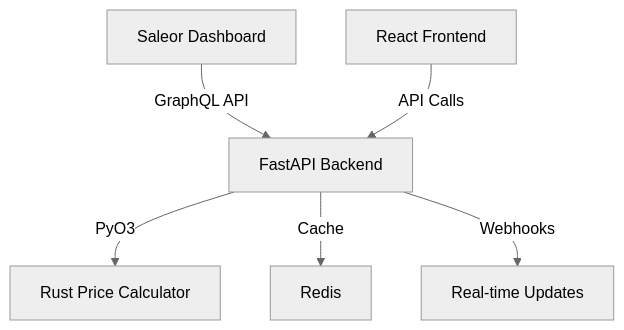
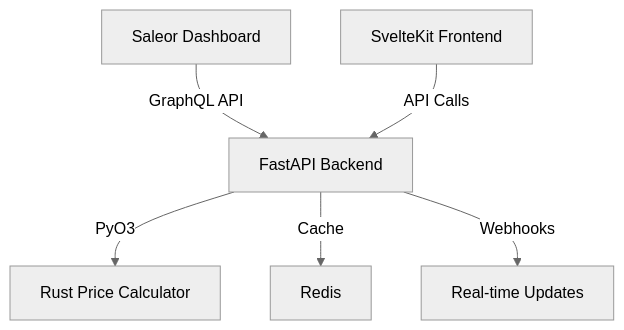
The diagram in README.md (id50190/saleor-price-manager), drawn with Mermaid (neutral theme) before and after one commit. The commit also changed other lines of this file, not shown here.

First line of the commit message:
update README.md to reflect SvelteKit migration

````diff
--- a/README.md
+++ b/README.md
@@ -58,8 +58,8 @@
 ```mermaid
 graph TB
     A[Saleor Dashboard] -->|GraphQL API| B[FastAPI Backend]
     B -->|PyO3| C[Rust Price Calculator]
     B -->|Cache| D[Redis]
     B -->|Webhooks| E[Real-time Updates]
-    F[React Frontend] -->|API Calls| B
+    F[SvelteKit Frontend] -->|API Calls| B
 ```
````
